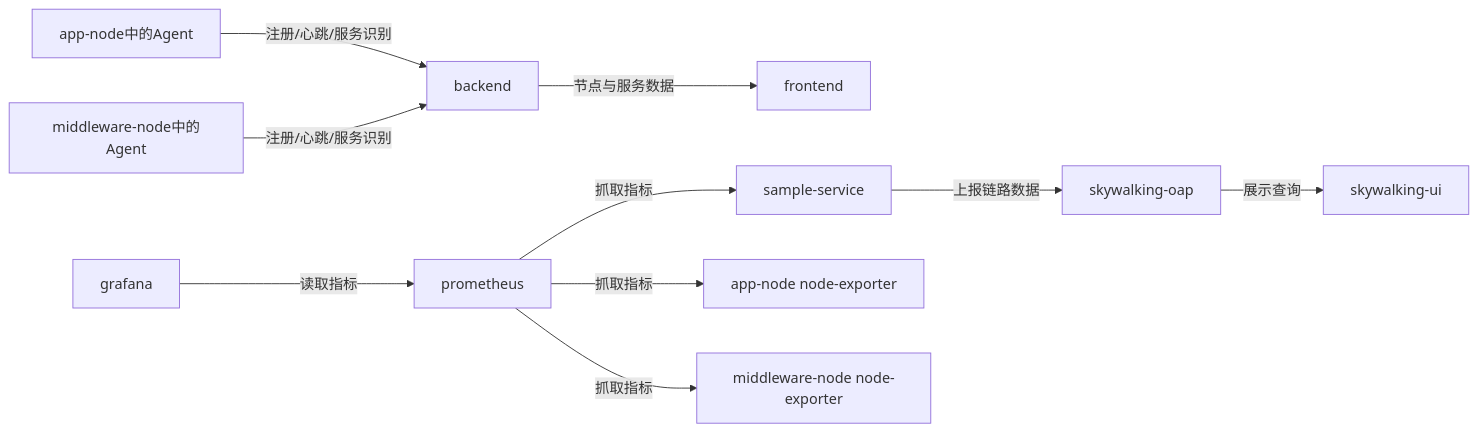
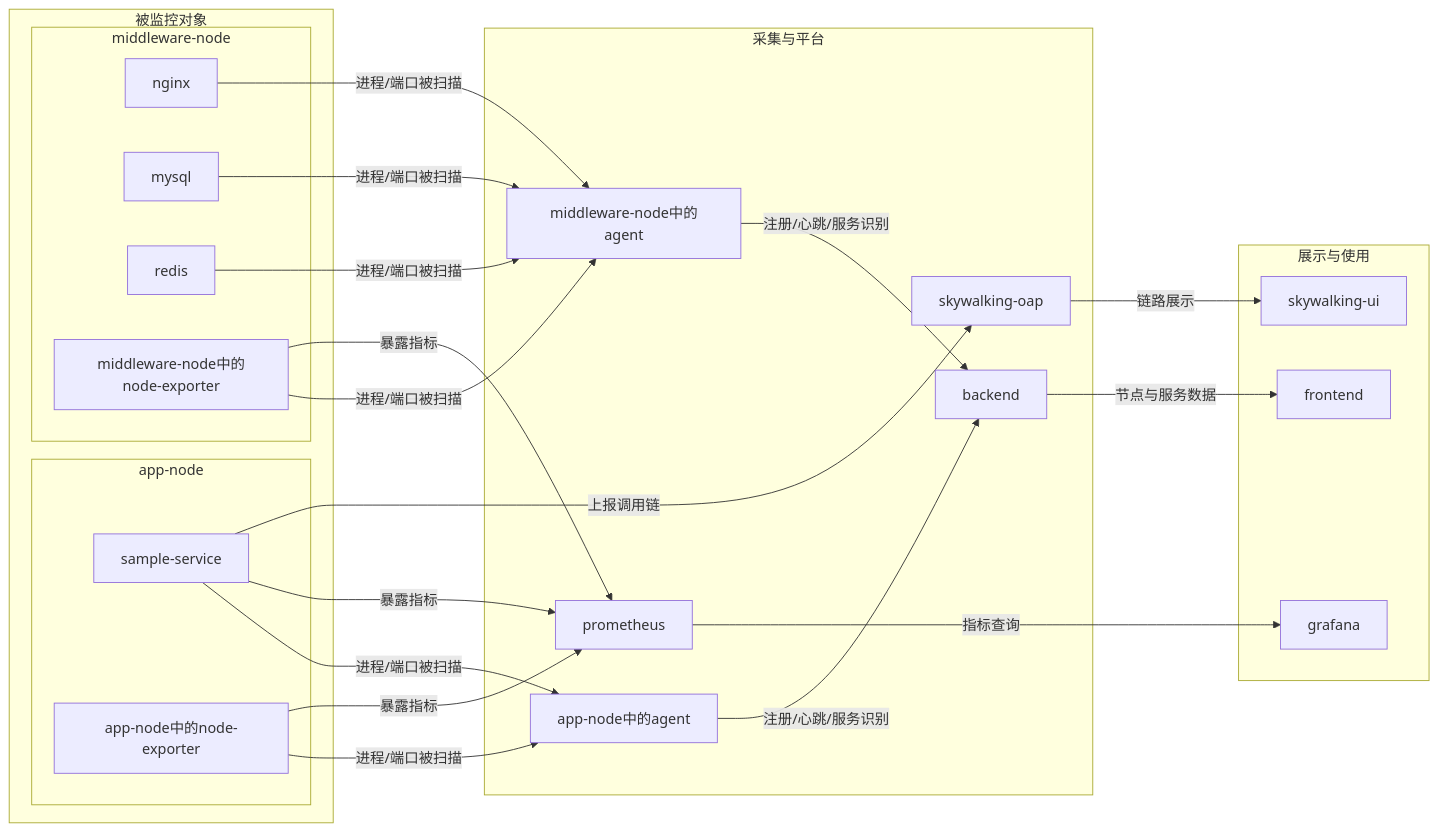
One commit to cmzbutqq/SWE-CourseDesign-Insider changed the first of 2 diagrams in docs/课题二-初版实现说明.md. Above: the diagram before and after it, drawn with Mermaid. The commit also changed other lines of this file and 1 other file, not shown here.

First line of the commit message:
docs: add UX optimization notes and update diagrams

````diff
--- a/docs/课题二-初版实现说明.md
+++ b/docs/课题二-初版实现说明.md
@@ -66,15 +66,49 @@
 ```mermaid
 flowchart LR
-    appAgent[app-node中的Agent] -->|注册/心跳/服务识别| backend[backend]
-    middlewareAgent[middleware-node中的Agent] -->|注册/心跳/服务识别| backend
-    backend -->|节点与服务数据| frontend[frontend]
+    subgraph monitoredObjects[被监控对象]
+        subgraph monitoredAppNode[app-node]
+            sampleService[sample-service]
+            appExporter[app-node中的node-exporter]
+        end
 
-    prometheus[prometheus] -->|抓取指标| sampleService[sample-service]
-    prometheus -->|抓取指标| appExporter[app-node node-exporter]
-    prometheus -->|抓取指标| middlewareExporter[middleware-node node-exporter]
+        subgraph monitoredMiddlewareNode[middleware-node]
+            nginx[nginx]
+            middlewareMysql[mysql]
+            redis[redis]
+            middlewareExporter[middleware-node中的node-exporter]
+        end
+    end
 
-    grafana[grafana] -->|读取指标| prometheus
+    subgraph collectAndPlatform[采集与平台]
+        appAgent[app-node中的agent]
+        middlewareAgent[middleware-node中的agent]
+        backend[backend]
+        prometheus[prometheus]
+        skywalkingOap[skywalking-oap]
+    end
 
-    sampleService -->|上报链路数据| skywalkingOap[skywalking-oap]
-    skywalkingOap -->|展示查询| skywalkingUi[skywalking-ui]
+    subgraph displayLayer[展示与使用]
+        frontend[frontend]
+        grafana[grafana]
+        skywalkingUi[skywalking-ui]
+    end
+
+    sampleService -->|进程/端口被扫描| appAgent
+    appExporter -->|进程/端口被扫描| appAgent
+    nginx -->|进程/端口被扫描| middlewareAgent
+    middlewareMysql -->|进程/端口被扫描| middlewareAgent
+    redis -->|进程/端口被扫描| middlewareAgent
+    middlewareExporter -->|进程/端口被扫描| middlewareAgent
+
+    appAgent -->|注册/心跳/服务识别| backend
+    middlewareAgent -->|注册/心跳/服务识别| backend
+    backend -->|节点与服务数据| frontend
+
+    sampleService -->|暴露指标| prometheus
+    appExporter -->|暴露指标| prometheus
+    middlewareExporter -->|暴露指标| prometheus
+    prometheus -->|指标查询| grafana
+
+    sampleService -->|上报调用链| skywalkingOap
+    skywalkingOap -->|链路展示| skywalkingUi
 ```
````
